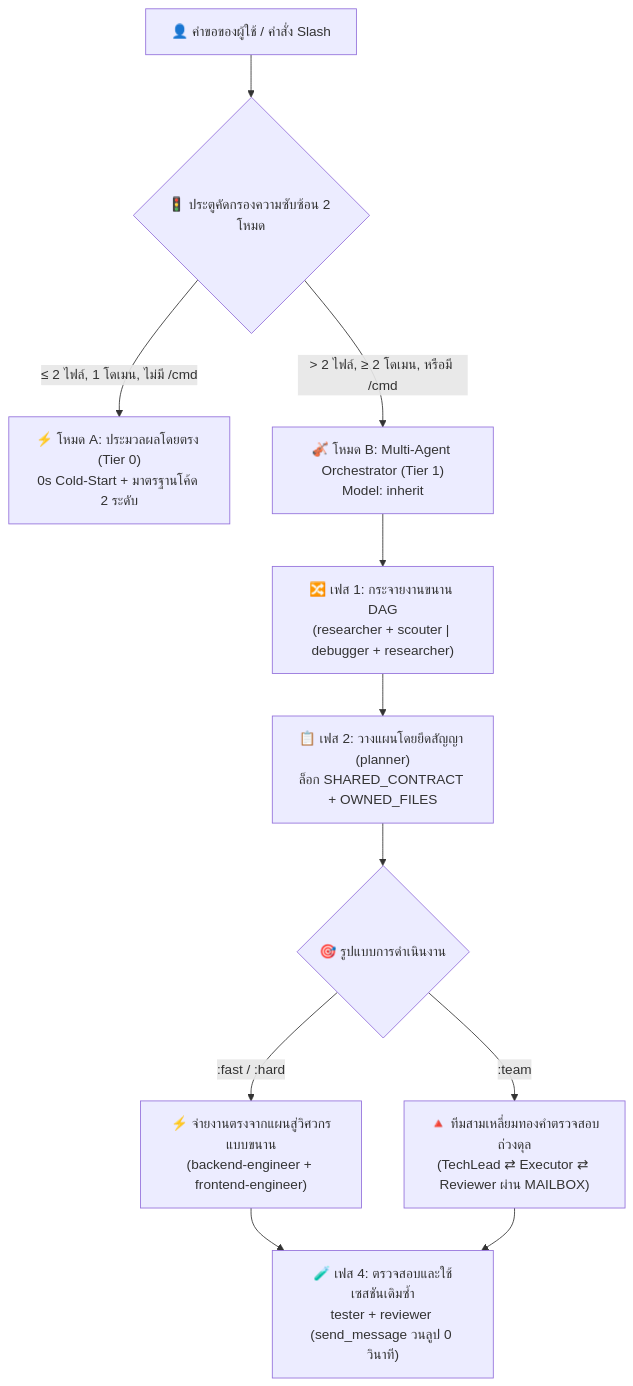
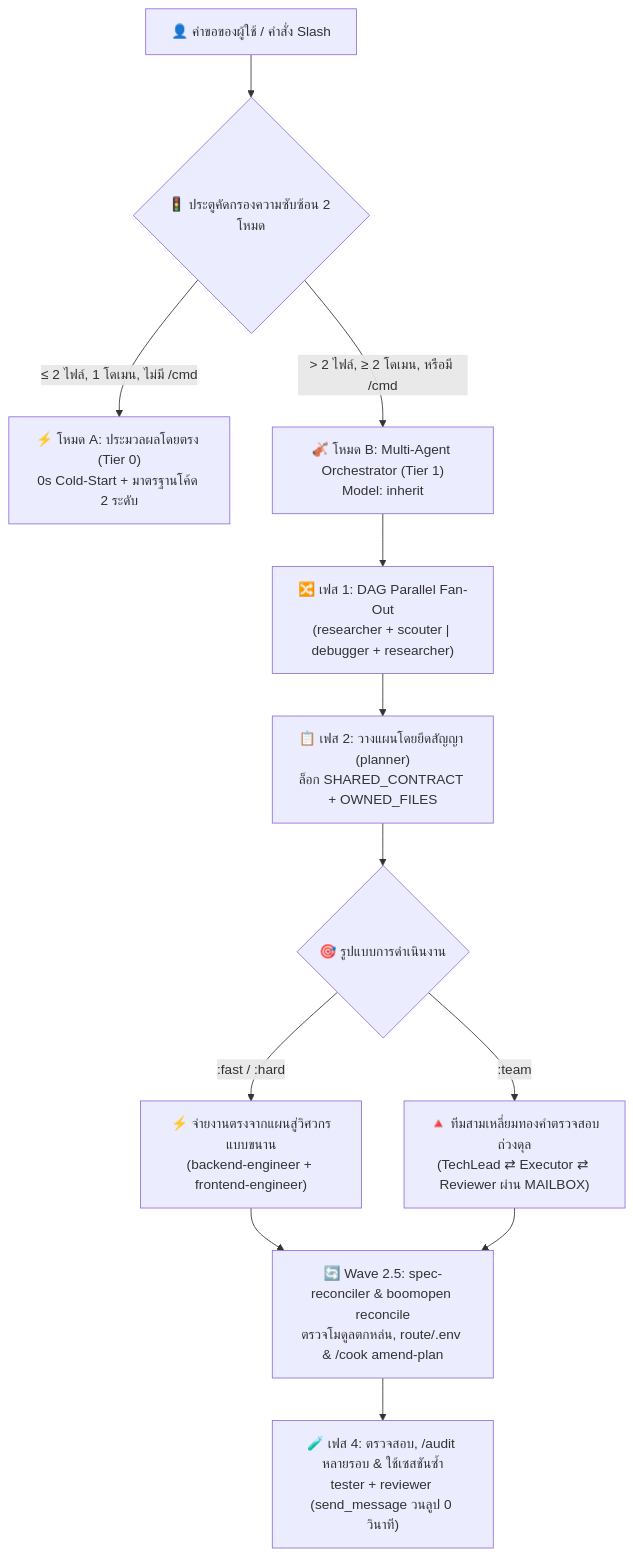
Before and after one commit to Kennyboom/BoomOpen-Workflow-Kit-Pro: the diagram in i18n/README.th.md, drawn with Mermaid. The commit also changed other lines of this file and 17 other files, not shown here.

Commit message:
docs(i18n): sync all 17 READMEs with v5.5 reconcile, /audit, carbon-guardrails & overnight /goal prompt

````diff
--- a/i18n/README.th.md
+++ b/i18n/README.th.md
@@ -49,16 +49,17 @@
 ```mermaid
 flowchart TD
     User["👤 คำขอของผู้ใช้ / คำสั่ง Slash"] --> Gate{"🚦 ประตูคัดกรองความซับซ้อน 2 โหมด"}
     Gate -->|"≤ 2 ไฟล์, 1 โดเมน, ไม่มี /cmd"| ModeA["⚡ โหมด A: ประมวลผลโดยตรง (Tier 0)<br/>0s Cold-Start + มาตรฐานโค้ด 2 ระดับ"]
     Gate -->|"> 2 ไฟล์, ≥ 2 โดเมน, หรือมี /cmd"| ModeB["🎻 โหมด B: Multi-Agent Orchestrator (Tier 1)<br/>Model: inherit"]
 
-    ModeB --> FanOut["🔀 เฟส 1: กระจายงานขนาน DAG<br/>(researcher + scouter | debugger + researcher)"]
+    ModeB --> FanOut["🔀 เฟส 1: DAG Parallel Fan-Out<br/>(researcher + scouter | debugger + researcher)"]
     FanOut --> Plan["📋 เฟส 2: วางแผนโดยยึดสัญญา (planner)<br/>ล็อก SHARED_CONTRACT + OWNED_FILES"]
     Plan --> Dispatch{"🎯 รูปแบบการดำเนินงาน"}
 
     Dispatch -->|":fast / :hard"| Direct["⚡ จ่ายงานตรงจากแผนสู่วิศวกรแบบขนาน<br/>(backend-engineer + frontend-engineer)"]
     Dispatch -->|":team"| Triangle["🔺 ทีมสามเหลี่ยมทองคำตรวจสอบถ่วงดุล<br/>(TechLead ⇄ Executor ⇄ Reviewer ผ่าน MAILBOX)"]
 
-    Direct --> Verify["🧪 เฟส 4: ตรวจสอบและใช้เซสชันเดิมซ้ำ<br/>tester + reviewer (send_message วนลูป 0 วินาที)"]
-    Triangle --> Verify
+    Direct --> Reconcile["🔄 Wave 2.5: spec-reconciler & boomopen reconcile<br/>ตรวจโมดูลตกหล่น, route/.env & /cook amend-plan"]
+    Triangle --> Reconcile
+    Reconcile --> Verify["🧪 เฟส 4: ตรวจสอบ, /audit หลายรอบ & ใช้เซสชันซ้ำ<br/>tester + reviewer (send_message วนลูป 0 วินาที)"]
 ```
````
